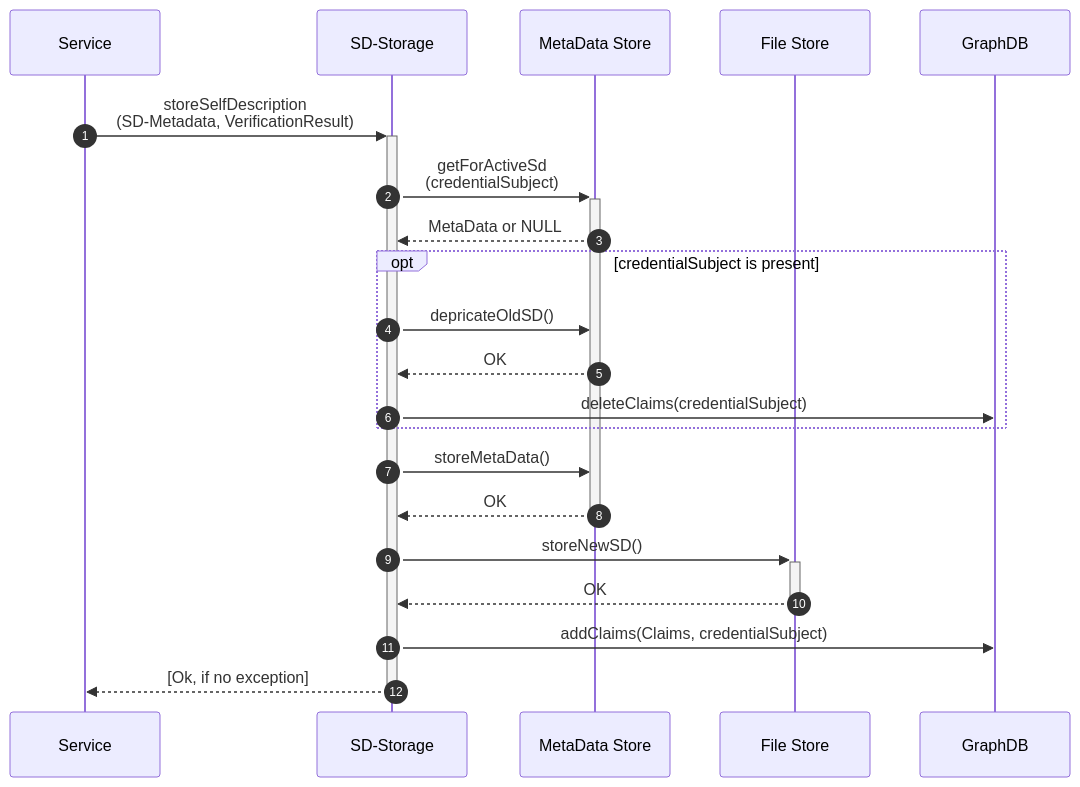
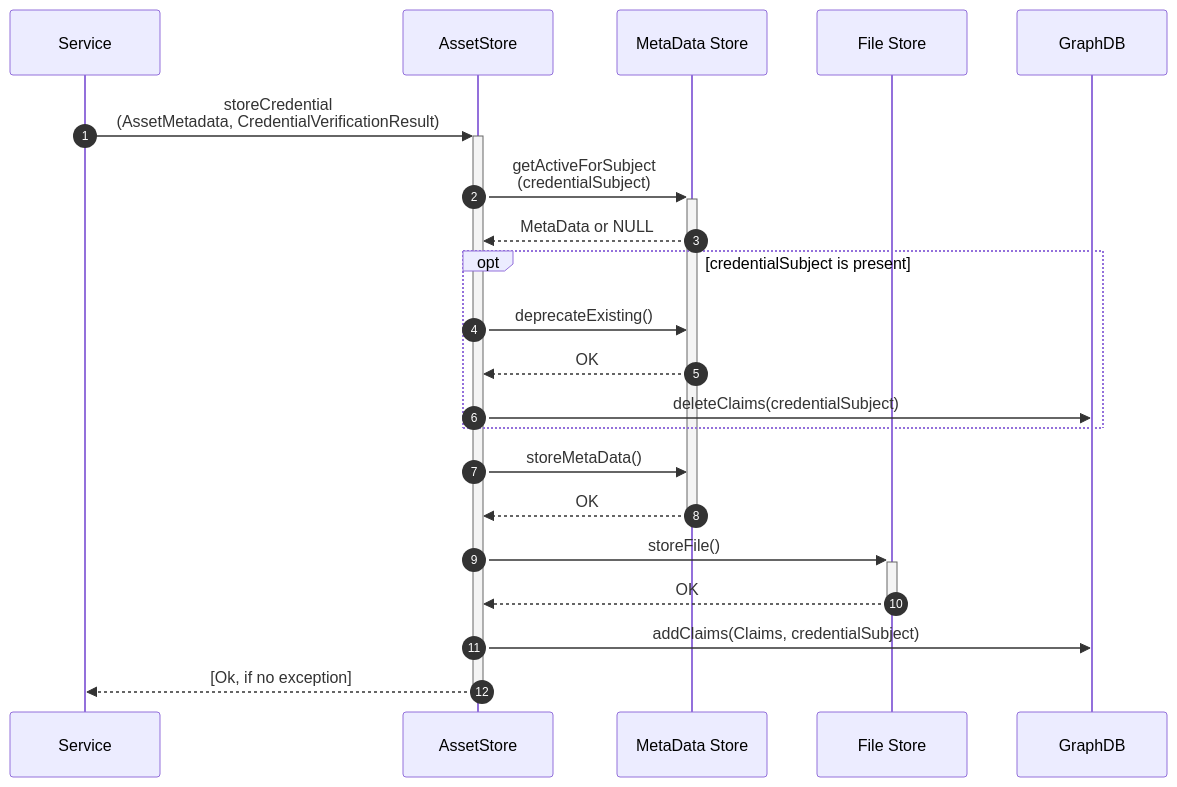
Before and after one commit to federated-catalogue-enhancements-2026/docs: diagram 30 of 34 in federated-catalogue/src/docs/architecture/chapters/06_runtime_view.adoc, drawn with Mermaid. The commit also changed other lines of this file and 11 other files, not shown here.

```diff
--- a/federated-catalogue/src/docs/architecture/chapters/06_runtime_view.adoc
+++ b/federated-catalogue/src/docs/architecture/chapters/06_runtime_view.adoc
@@ -971,23 +971,23 @@
 [mermaid, width=2000]
 ....
 sequenceDiagram
     autonumber
     participant Service
-    participant SDStore as SD-Storage
+    participant AssetStore as AssetStore
     participant MetaData as MetaData Store
     participant FileStore as File Store
-        Service ->> + SDStore: storeSelfDescription<br>(SD-Metadata, VerificationResult)
-        SDStore ->> + MetaData:getForActiveSd<br>(credentialSubject)
-        MetaData -->> SDStore:MetaData or NULL
+        Service ->> + AssetStore: storeCredential<br>(AssetMetadata, CredentialVerificationResult)
+        AssetStore ->> + MetaData:getActiveForSubject<br>(credentialSubject)
+        MetaData -->> AssetStore:MetaData or NULL
         opt credentialSubject is present
-            SDStore ->> MetaData:depricateOldSD()
-            MetaData -->> SDStore:OK
-            SDStore ->> GraphDB:deleteClaims(credentialSubject)
+            AssetStore ->> MetaData:deprecateExisting()
+            MetaData -->> AssetStore:OK
+            AssetStore ->> GraphDB:deleteClaims(credentialSubject)
         end
-        SDStore ->> MetaData:storeMetaData()
-        MetaData -->> - SDStore:OK
-        SDStore ->> + FileStore:storeNewSD()
-        FileStore -->> - SDStore:OK
-        SDStore ->> GraphDB:addClaims(Claims, credentialSubject)
-        SDStore -->> - Service: [Ok, if no exception]
+        AssetStore ->> MetaData:storeMetaData()
+        MetaData -->> - AssetStore:OK
+        AssetStore ->> + FileStore:storeFile()
+        FileStore -->> - AssetStore:OK
+        AssetStore ->> GraphDB:addClaims(Claims, credentialSubject)
+        AssetStore -->> - Service: [Ok, if no exception]
 ....
```
